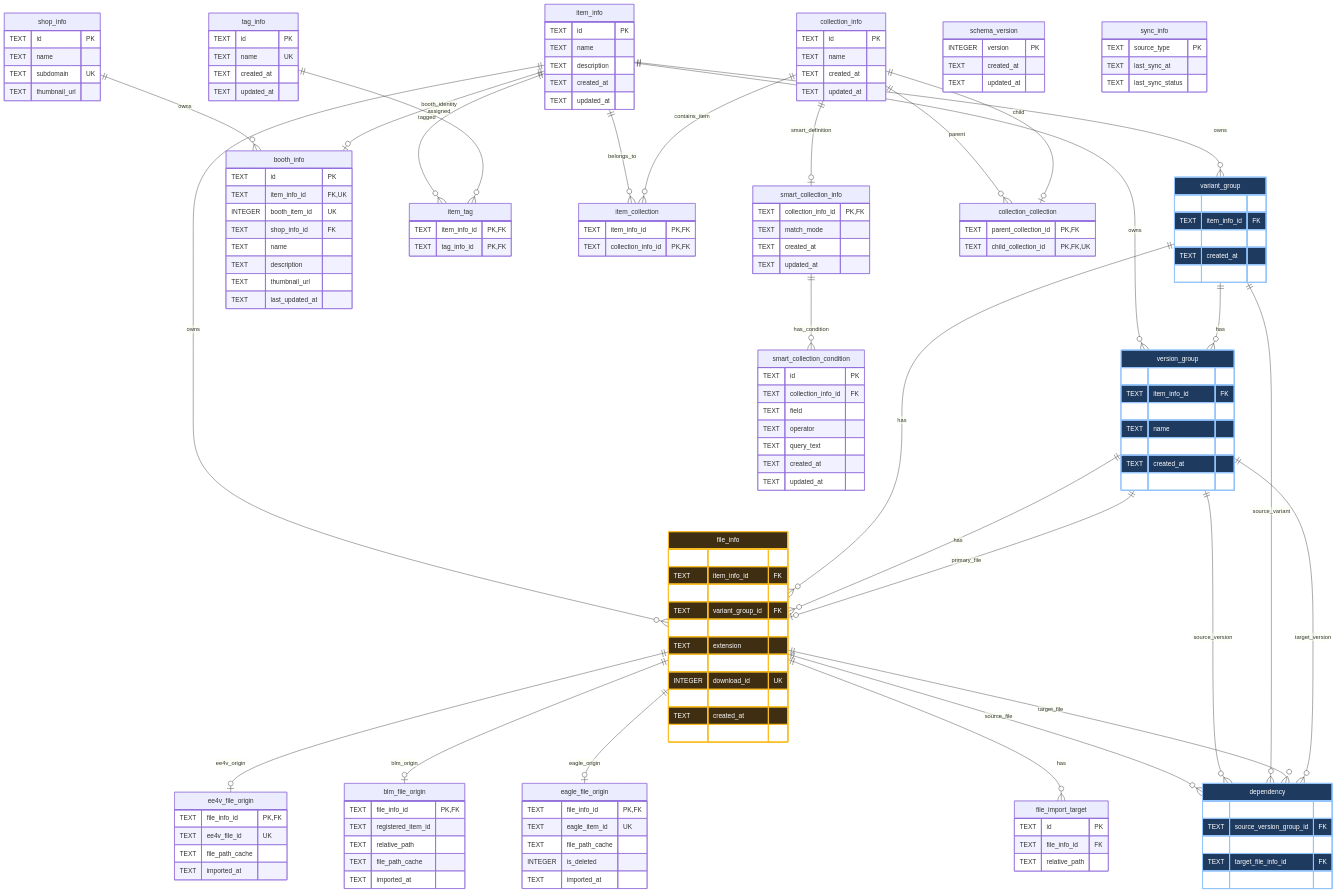
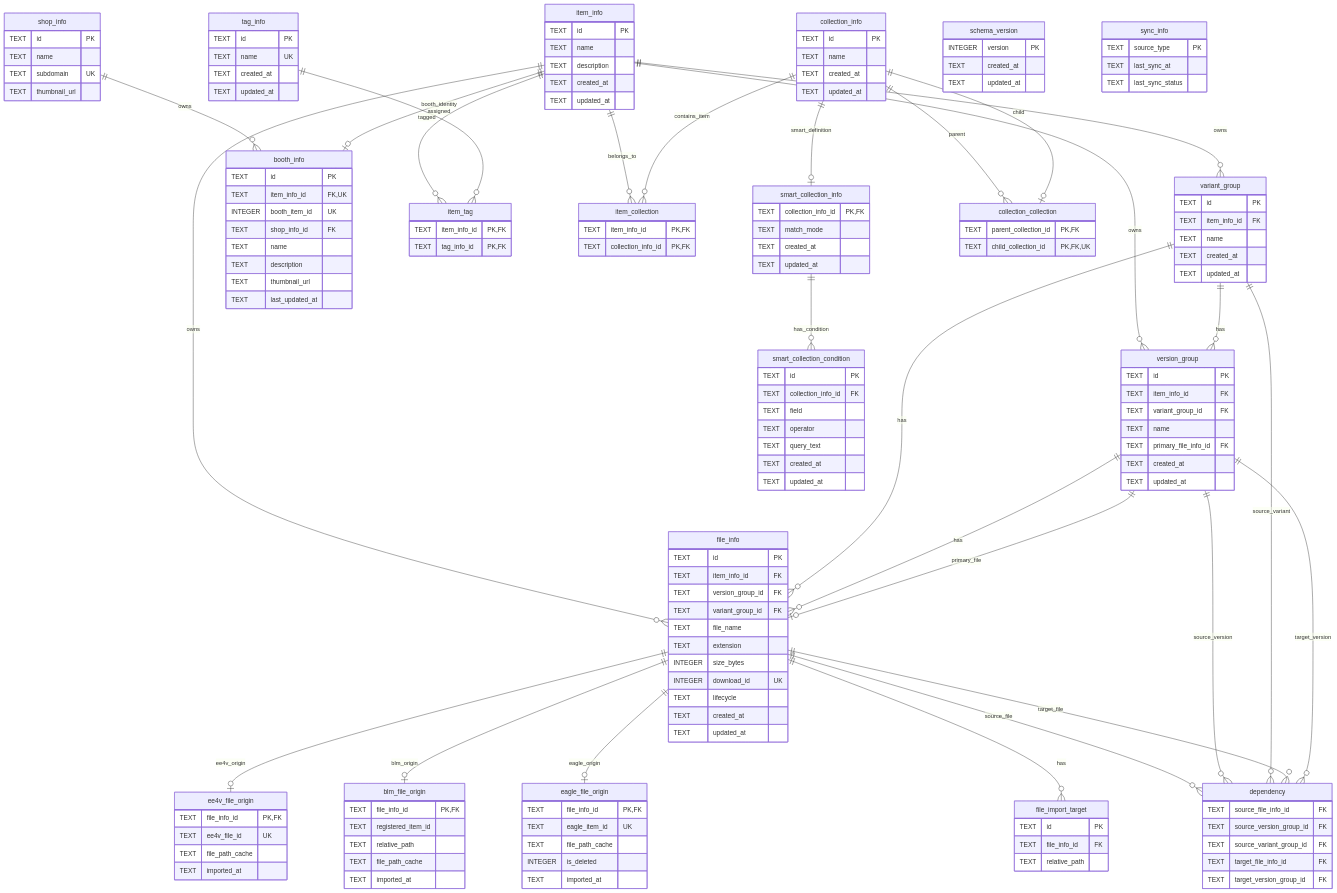
One commit to 4OF-fof/ee4v changed the diagram in new/docs~/src/asset-manager/schema.md. Above: the diagram before and after it, drawn with Mermaid. The commit also changed 14 other files, not shown here.

````diff
--- a/new/docs~/src/asset-manager/schema.md
+++ b/new/docs~/src/asset-manager/schema.md
@@ -199,8 +199,4 @@
         TEXT imported_at
     }
 
-    classDef added fill:#1E3A5F,stroke:#93C5FD,stroke-width:2px,color:#FFFFFF
-    classDef modified fill:#3F2E12,stroke:#FBBF24,stroke-width:2px,color:#FFFFFF
-    class variant_group,version_group,dependency added
-    class file_info modified
 ```
````
